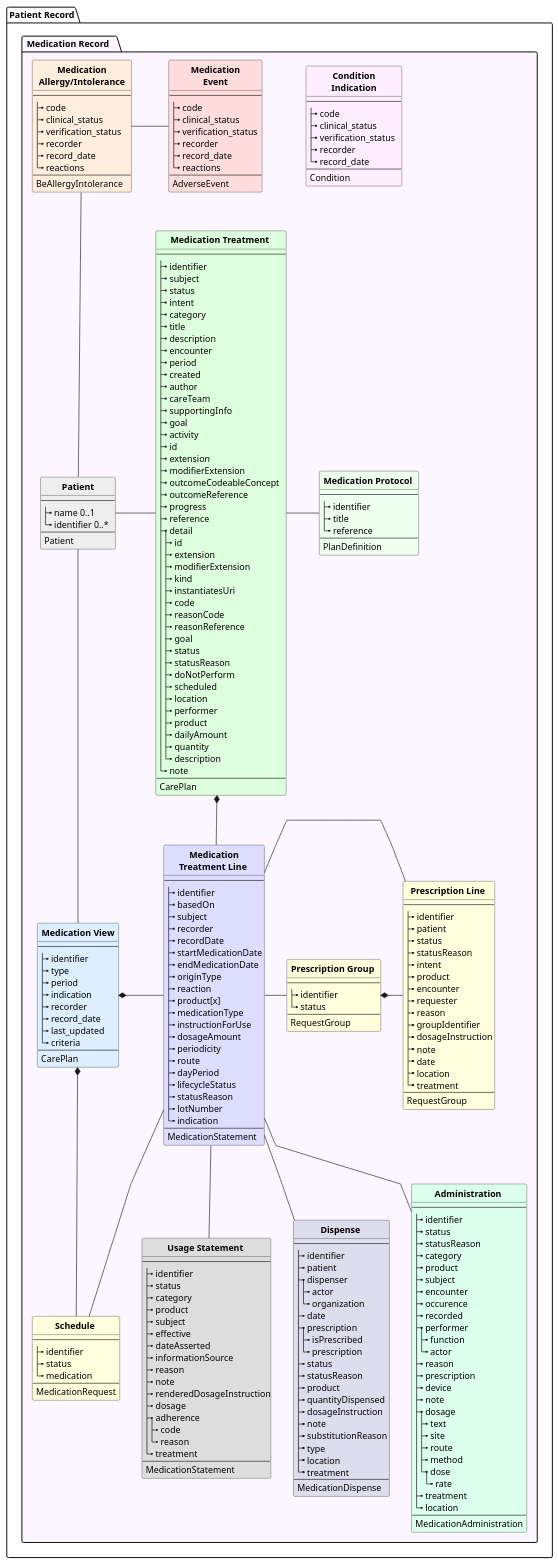
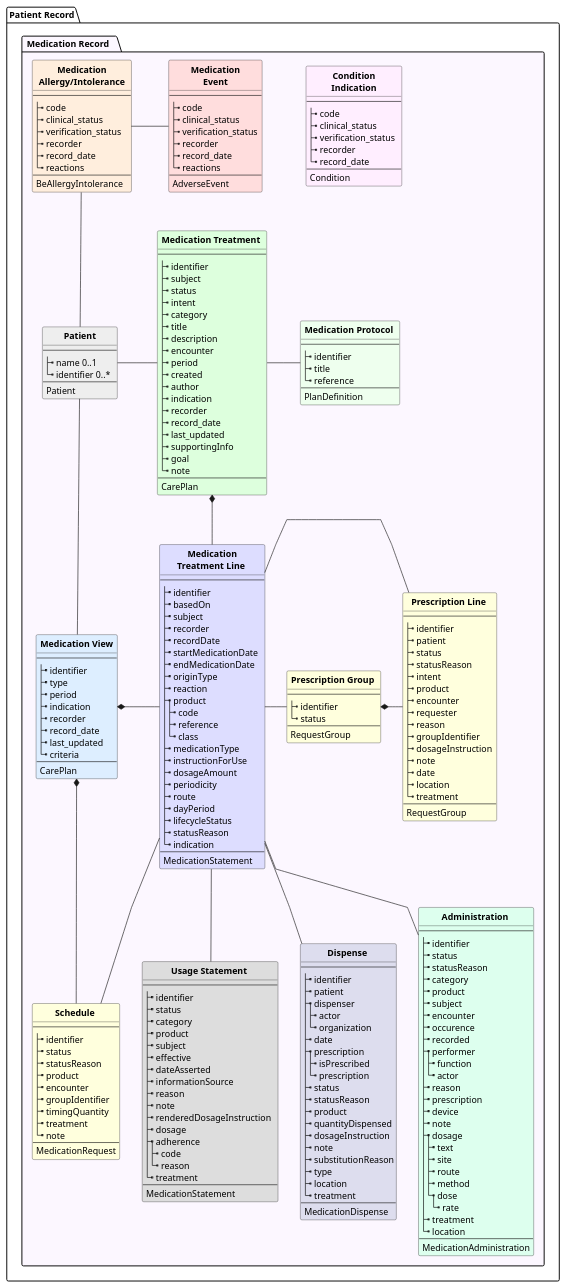
The diagram in input/images-source/medrecord-resources.plantuml (joofio/empty-ig), drawn with PlantUML before and after one commit. The commit also changed 19 other files, not shown here.

```diff
--- a/input/images-source/medrecord-resources.plantuml
+++ b/input/images-source/medrecord-resources.plantuml
@@ -29,6 +29,7 @@
     }
 
 
+
     class " **Medication** \n **Treatment Line ** " as MTL #DDF {
         --
         |_ identifier 
@@ -36,11 +37,14 @@
         |_ subject 
         |_ recorder 
         |_ recordDate 
-        |_ startMedicationDate 
+        |_ startMedicationDate   
         |_ endMedicationDate 
         |_ originType 
         |_ reaction 
-        |_ product[x] 
+        |_ product
+          |_ code
+          |_ reference
+          |_ class
         |_ medicationType 
         |_ instructionForUse 
         |_ dosageAmount 
@@ -49,7 +53,6 @@
         |_ dayPeriod 
         |_ lifecycleStatus 
         |_ statusReason 
-        |_ lotNumber
         |_ indication
         --
         MedicationStatement
@@ -57,7 +60,7 @@
 
     class " **Medication Treatment**  " as MT #DFD {
         --
-        |_ identifier  
+        |_ identifier
         |_ subject  
         |_ status  
         |_ intent  
@@ -68,37 +71,12 @@
         |_ period  
         |_ created  
         |_ author  
-        |_ careTeam  
+        |_ indication
+        |_ recorder
+        |_ record_date
+        |_ last_updated
         |_ supportingInfo  
         |_ goal  
-        |_ activity  
-        |_ id   
-        |_ extension   
-        |_ modifierExtension  
-        |_ outcomeCodeableConcept   
-        |_ outcomeReference   
-        |_ progress   
-        |_ reference  
-        |_ detail  
-          |_ id  
-          |_ extension  
-          |_ modifierExtension  
-          |_ kind  
-          |_ instantiatesUri  
-          |_ code  
-          |_ reasonCode  
-          |_ reasonReference  
-          |_ goal  
-          |_ status  
-          |_ statusReason   
-          |_ doNotPerform  
-          |_ scheduled 
-          |_ location   
-          |_ performer   
-          |_ product
-          |_ dailyAmount   
-          |_ quantity   
-          |_ description   
         |_ note   
         --
         CarePlan
@@ -149,7 +127,7 @@
 |_ requester 
 |_ reason 
 |_ groupIdentifier 
-|_ dosageInstruction 
+|_ dosageInstruction  
 |_ note 
 |_ date 
 |_ location 
@@ -163,7 +141,13 @@
 --
 |_ identifier
 |_ status
-|_ medication
+|_ statusReason 
+|_ product
+|_ encounter 
+|_ groupIdentifier 
+|_ timingQuantity 
+|_ treatment 
+|_ note 
 --
 MedicationRequest
 }
@@ -236,7 +220,7 @@
 |_ informationSource  
 |_ reason
 |_ note  
-|_ renderedDosageInstruction
+|_ renderedDosageInstruction   
 |_ dosage  
 |_ adherence  
   |_ code  
```
